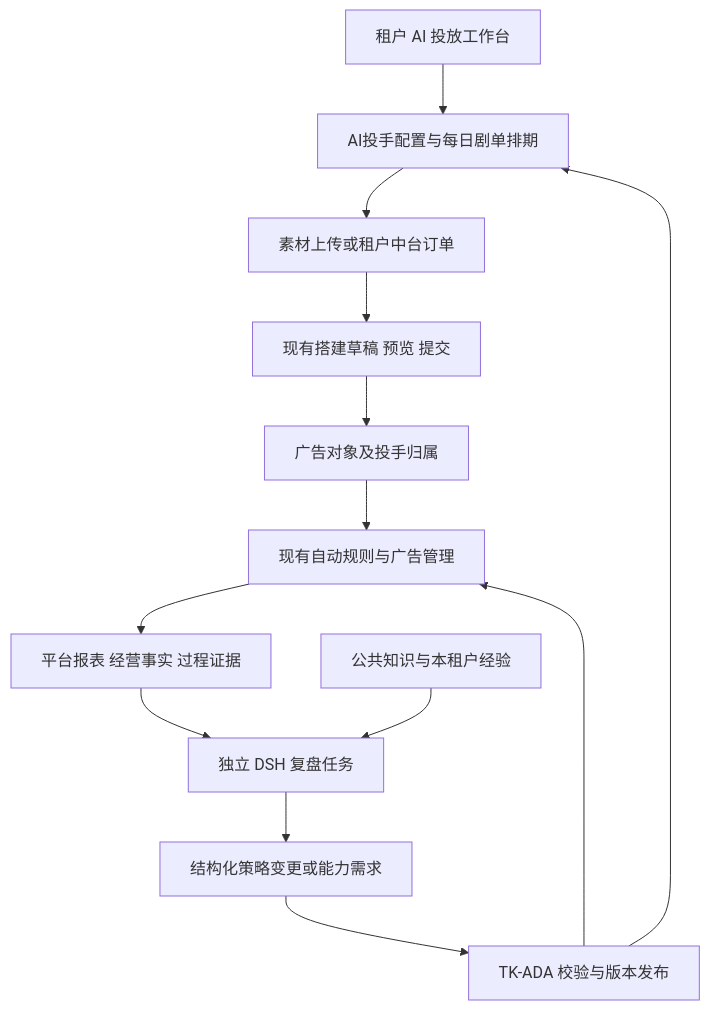
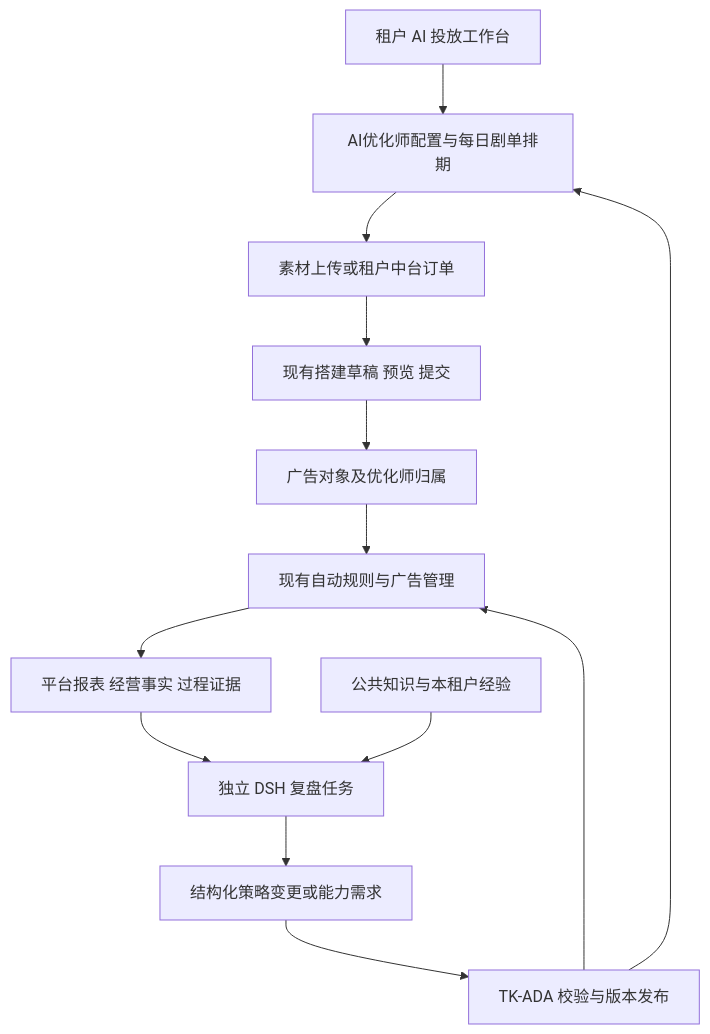
The diagram in docs/superpowers/specs/2026-11-11-ai-ad-workbench-v2-design.md (yaotingfeng/tiktok-ad-automation), drawn with Mermaid before and after one commit. The commit also changed other lines of this file and 2 other files, not shown here.

````diff
--- a/docs/superpowers/specs/2026-11-11-ai-ad-workbench-v2-design.md
+++ b/docs/superpowers/specs/2026-11-11-ai-ad-workbench-v2-design.md
@@ -33,15 +33,15 @@
 ```mermaid
 flowchart TD
-    U[租户 AI 投放工作台] --> P[AI投手配置与每日剧单排期]
+    U[租户 AI 投放工作台] --> P[AI优化师配置与每日剧单排期]
     P --> M[素材上传或租户中台订单]
     M --> B[现有搭建草稿 预览 提交]
-    B --> O[广告对象及投手归属]
+    B --> O[广告对象及优化师归属]
     O --> R[现有自动规则与广告管理]
     R --> D[平台报表 经营事实 过程证据]
     D --> A[独立 DSH 复盘任务]
     K[公共知识与本租户经验] --> A
     A --> C[结构化策略变更或能力需求]
     C --> V[TK-ADA 校验与版本发布]
     V --> P
     V --> R
 ```
````
